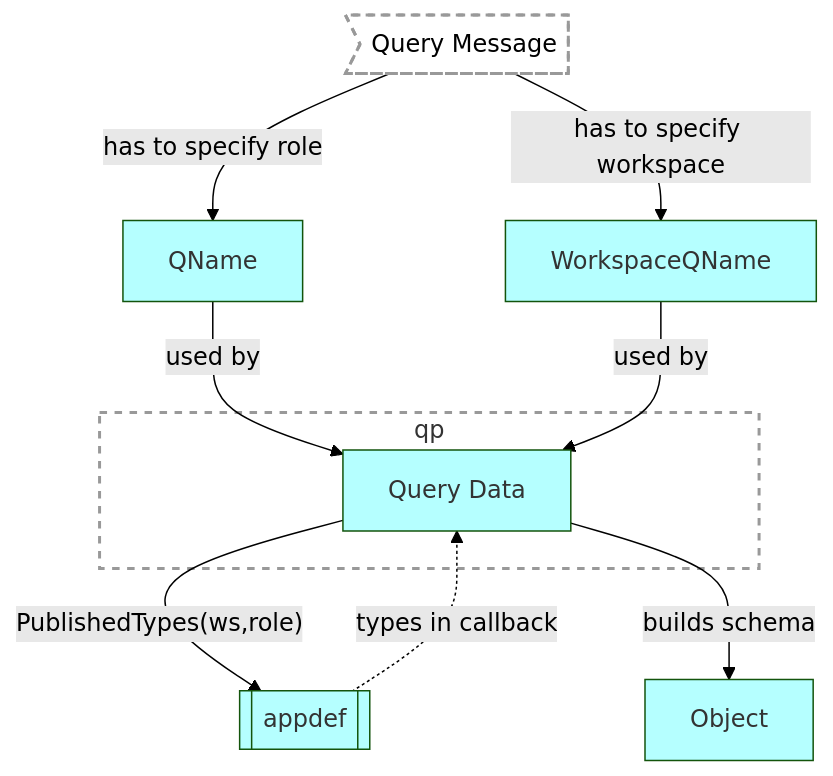
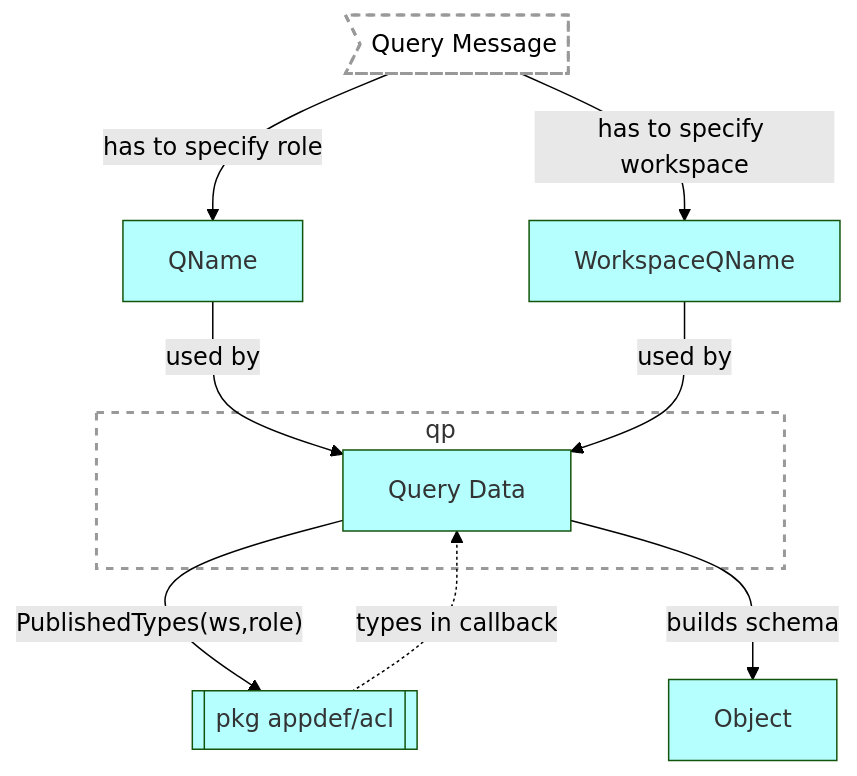
The diagram in server/apiv2/read-ws-role-schema.md (voedger/voedger-internals), drawn with Mermaid (forest theme) before and after one commit. The commit also changed other lines of this file, not shown here.

Commit message:
refactor: update read-ws-role-schema.md for clarity and consistency in PublishedTypes usage

````diff
--- a/server/apiv2/read-ws-role-schema.md
+++ b/server/apiv2/read-ws-role-schema.md
@@ -22,25 +22,25 @@
 ```mermaid
 flowchart
 qpMessage>Query Message]:::G
 qp[Query Processor]:::G
 queryData[Query Data]:::S
-appdef[[appdef]]:::S
+appdef[[pkg appdef/acl]]:::S
 object[Object]:::S
 subgraph qp
     queryData[Query Data]:::S
 end
 qpMessage --> |has to specify role|QName:::S
 qpMessage --> |has to specify workspace|WorkspaceQName:::S
 QName --> |used by|queryData
 WorkspaceQName --> |used by|queryData
 queryData --> |"PublishedTypes(ws,role)"|appdef
 appdef -.-> |types in callback|queryData
 queryData --> |builds schema|object
 
 
 %% Styles ====================
 classDef B fill:#FFFFB5,color:#333
 classDef S fill:#B5FFFF,color:#333
 classDef H fill:#C9E7B7,color:#333
 classDef G fill:#ffffff15, stroke:#999, stroke-width:2px, stroke-dasharray: 5 5
 ```
````
